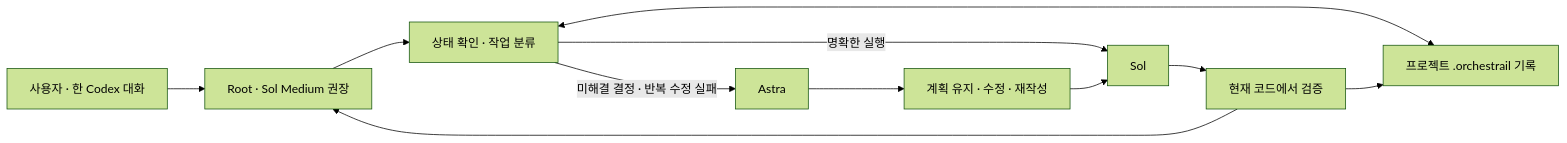
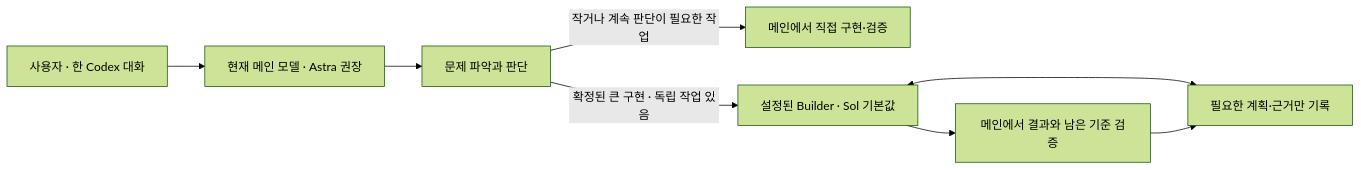
The diagram in README.md (Yaklede/codex-orchestrail), drawn with Mermaid (forest theme) before and after one commit. The commit also changed other lines of this file and 34 other files, not shown here.

````diff
--- a/README.md
+++ b/README.md
@@ -49,13 +49,10 @@
 ```mermaid
 flowchart LR
-    U[사용자 · 한 Codex 대화] --> R[Root · Sol Medium 권장]
-    R --> S[상태 확인 · 작업 분류]
-    S -->|명확한 실행| W[Sol]
-    S -->|미해결 결정 · 반복 수정 실패| A[Astra]
-    A --> P[계획 유지 · 수정 · 재작성]
-    P --> W
-    W --> V[현재 코드에서 검증]
-    V --> R
-    S <--> D[프로젝트 .orchestrail 기록]
-    V --> D
+    U[사용자 · 한 Codex 대화] --> R[현재 메인 모델 · Astra 권장]
+    R --> J[문제 파악과 판단]
+    J -->|작거나 계속 판단이 필요한 작업| D[메인에서 직접 구현·검증]
+    J -->|확정된 큰 구현 · 독립 작업 있음| B[설정된 Builder · Sol 기본값]
+    B --> V[메인에서 결과와 남은 기준 검증]
+    B <--> S[필요한 계획·근거만 기록]
+    V --> S
 ```
````
